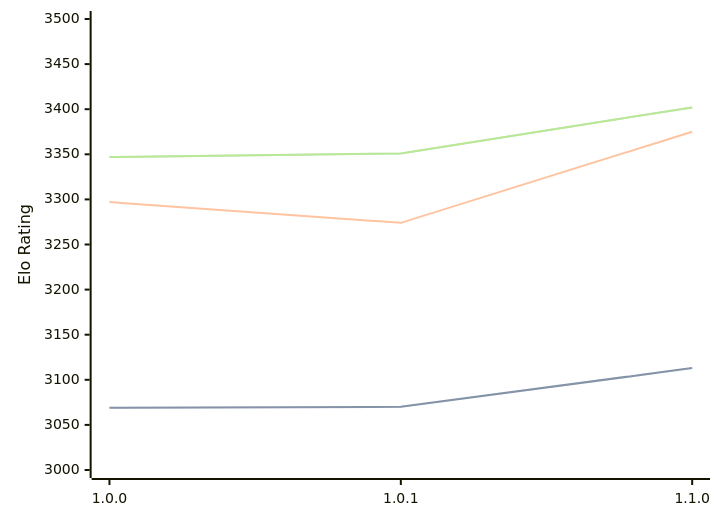
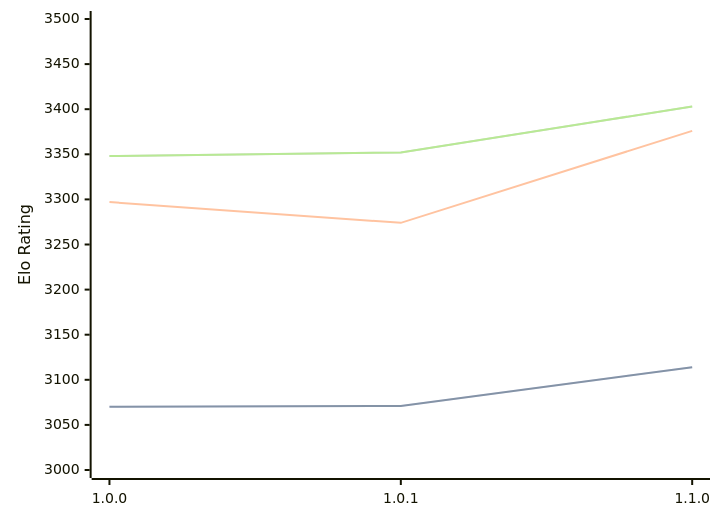
One commit to computer-chess-index/cci changed the diagram in engines/Ursus.md. Above: the diagram before and after it, drawn with Mermaid. The commit also changed other lines of this file, not shown here.

Commit message:
Update CCI Ratings (ELO VLTC) - 2026-09-13

````diff
--- a/engines/Ursus.md
+++ b/engines/Ursus.md
@@ -33,11 +33,11 @@
 ```mermaid
 %%{init: {"theme":"base","themeVariables":{"seriesColors:['#a3a3a3','#222221','#faa371']}}}%%
 xychart-beta
   x-axis ["1.0.0", "1.0.1", "1.1.0"]
   y-axis "Elo Rating" 3000 --> 3500
-  line "" [3069, 3070, 3113]
-  line "STC (8.0+0.08s)" [3069, 3070, 3113]
-  line "LTC (60.0+0.60s)" [3297, 3274, 3375]
-  line "" [3347, 3351, 3402]
-  line "VLTC (2m24s+1.12s)" [3347, 3351, 3402]
+  line "" [3070, 3071, 3114]
+  line "STC (8.0+0.08s)" [3070, 3071, 3114]
+  line "LTC (60.0+0.60s)" [3297, 3274, 3376]
+  line "" [3348, 3352, 3403]
+  line "VLTC (2m24s+1.12s)" [3348, 3352, 3403]
 ```
````
